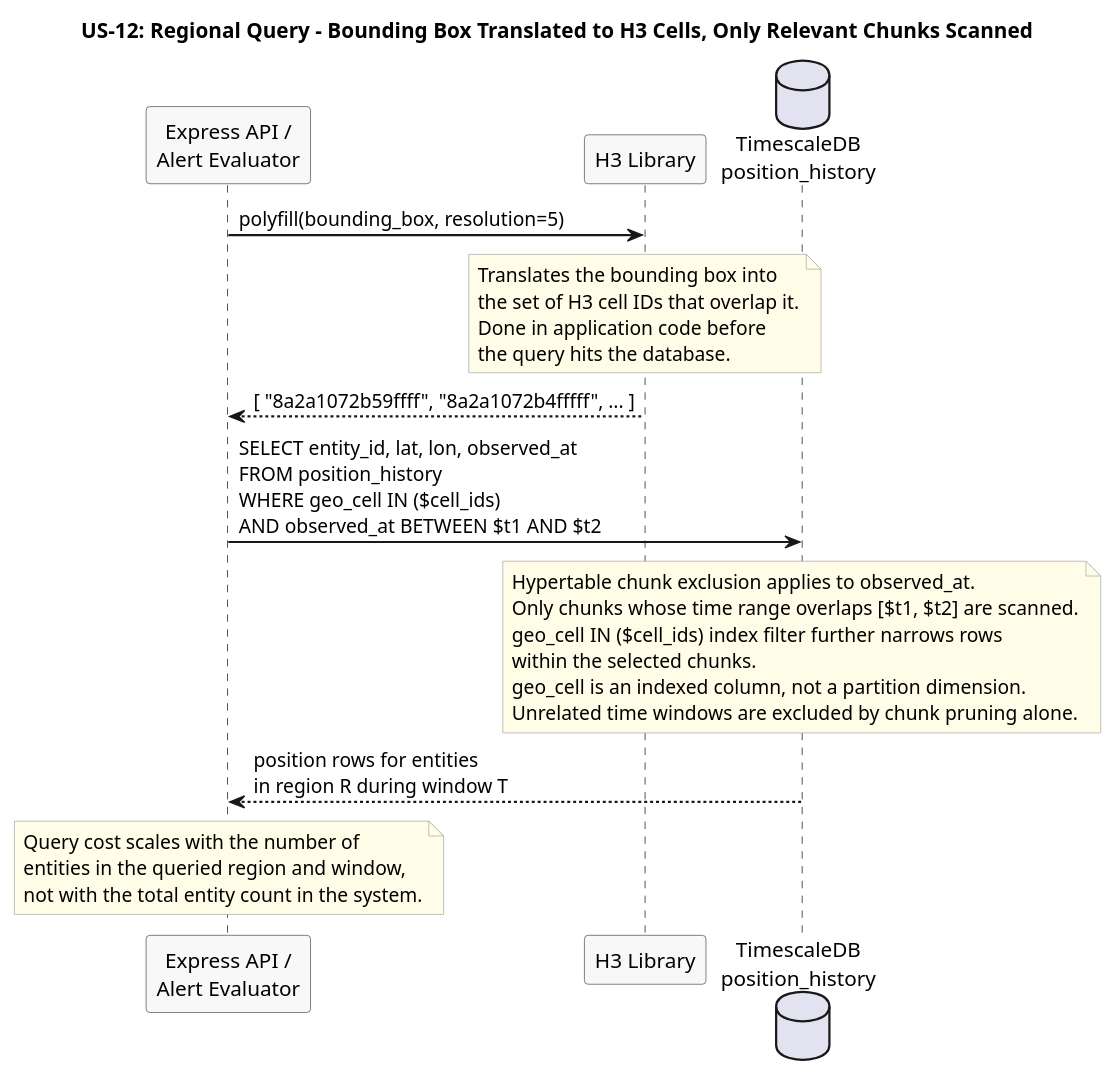
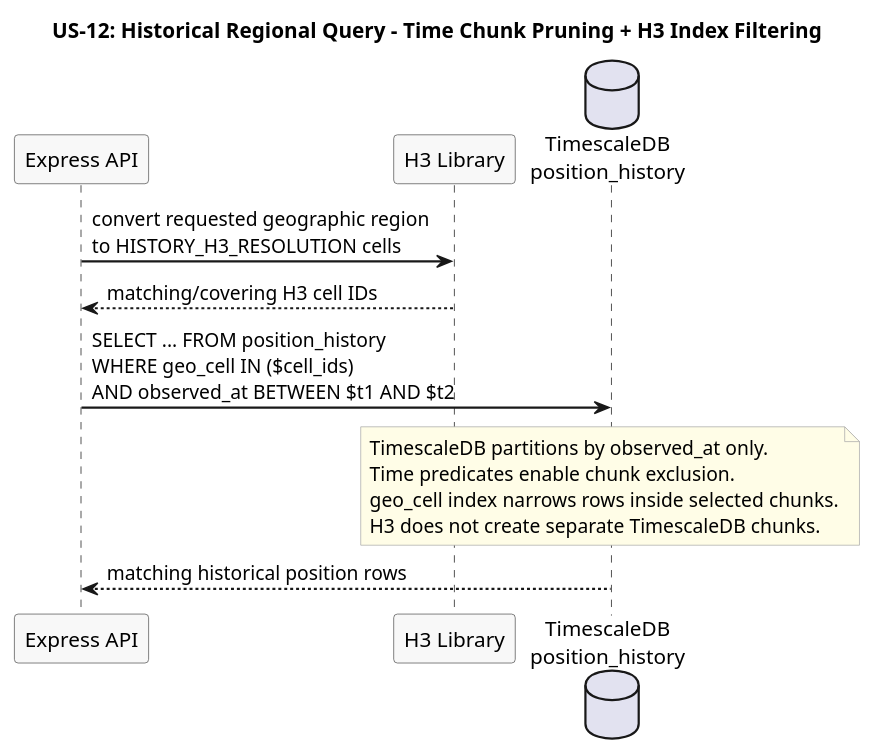
Before and after one commit to Buffden/sentinel: the diagram in docs/use-cases/US-12-geo-spatial-efficiency/regional-query.puml, drawn with PlantUML. The commit also changed 7 other files, not shown here.

Commit message:
docs: fix remaining diagram contract drift

```diff
--- a/docs/use-cases/US-12-geo-spatial-efficiency/regional-query.puml
+++ b/docs/use-cases/US-12-geo-spatial-efficiency/regional-query.puml
@@ -1,44 +1,28 @@
 @startuml regional-query
-title US-12: Regional Query - Bounding Box Translated to H3 Cells, Only Relevant Chunks Scanned
+title US-12: Historical Regional Query - Time Chunk Pruning + H3 Index Filtering
 
 skinparam sequenceArrowThickness 1.5
 skinparam participantBorderColor #555555
 skinparam participantBackgroundColor #F8F8F8
 skinparam noteBorderColor #AAAAAA
 skinparam noteBackgroundColor #FFFDE7
 
-participant "Express API /\nAlert Evaluator" as Caller
+participant "Express API" as API
 participant "H3 Library" as H3
 database "TimescaleDB\nposition_history" as TSDB
 
-Caller -> H3 : polyfill(bounding_box, resolution=5)
+API -> H3 : convert requested geographic region\nto HISTORY_H3_RESOLUTION cells
+H3 --> API : matching/covering H3 cell IDs
 
-note over H3
-  Translates the bounding box into
-  the set of H3 cell IDs that overlap it.
-  Done in application code before
-  the query hits the database.
+API -> TSDB : SELECT ... FROM position_history\nWHERE geo_cell IN ($cell_ids)\nAND observed_at BETWEEN $t1 AND $t2
+
+note over TSDB
+  TimescaleDB partitions by observed_at only.
+  Time predicates enable chunk exclusion.
+  geo_cell index narrows rows inside selected chunks.
+  H3 does not create separate TimescaleDB chunks.
 end note
 
-H3 --> Caller : [ "8a2a1072b59ffff", "8a2a1072b4fffff", ... ]
-
-Caller -> TSDB : SELECT entity_id, lat, lon, observed_at\nFROM position_history\nWHERE geo_cell IN ($cell_ids)\nAND observed_at BETWEEN $t1 AND $t2
-
-note over TSDB
-  Hypertable chunk exclusion applies to observed_at.
-  Only chunks whose time range overlaps [$t1, $t2] are scanned.
-  geo_cell IN ($cell_ids) index filter further narrows rows
-  within the selected chunks.
-  geo_cell is an indexed column, not a partition dimension.
-  Unrelated time windows are excluded by chunk pruning alone.
-end note
-
-TSDB --> Caller : position rows for entities\nin region R during window T
-
-note over Caller
-  Query cost scales with the number of
-  entities in the queried region and window,
-  not with the total entity count in the system.
-end note
+TSDB --> API : matching historical position rows
 
 @enduml
```
